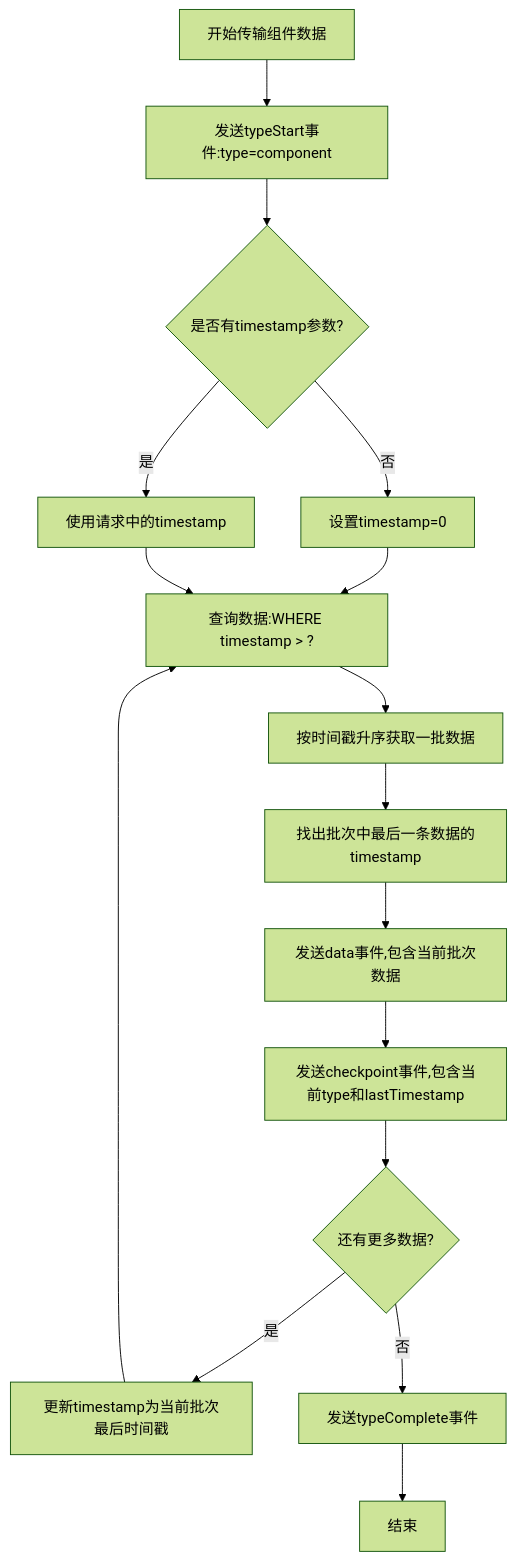
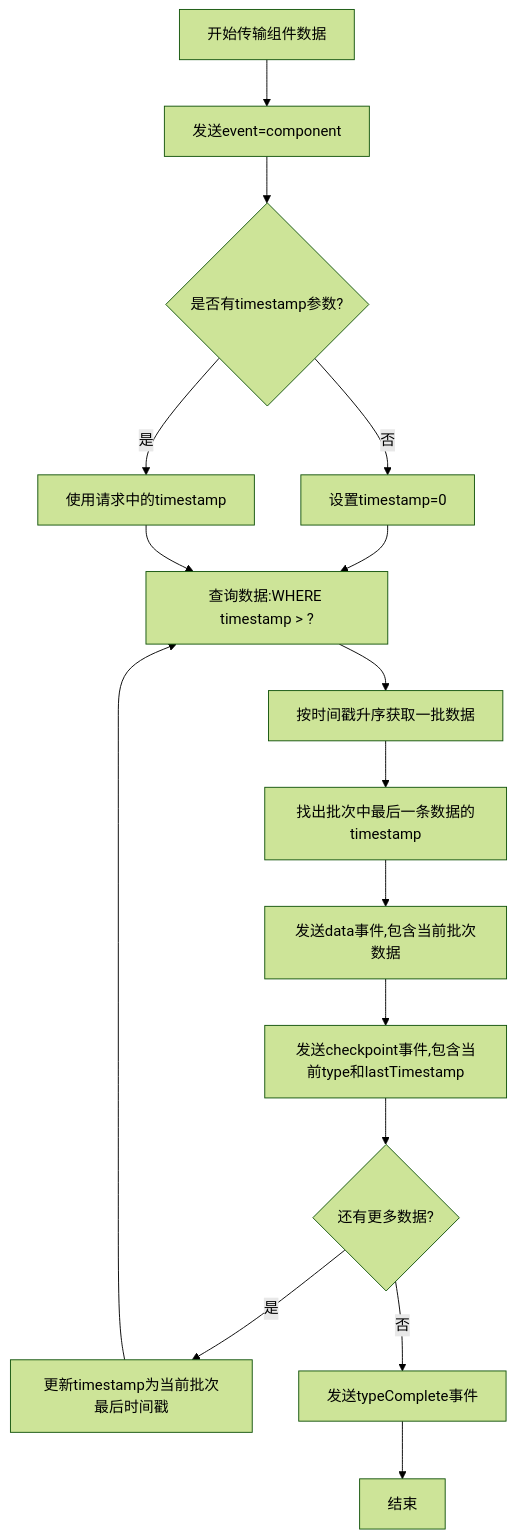
The diagram in all/未命名-59.md (yingjianzh/iodraw-files), drawn with Mermaid (forest theme) before and after one commit.

Commit message:
2025-05-14 15:20:53 update

````diff
--- a/all/未命名-59.md
+++ b/all/未命名-59.md
@@ -1,24 +1,24 @@
 ```mermaid
 flowchart TD
-    A[开始传输组件数据] --> B[发送typeStart事件:type=component]
+    A[开始传输组件数据] --> B[发送event=component]
     
     B --> C{是否有timestamp参数?}
     C -->|否| D[设置timestamp=0]
     C -->|是| E[使用请求中的timestamp]
     
     D --> F[查询数据:WHERE timestamp > ?]
     E --> F
     
     F --> G[按时间戳升序获取一批数据]
     G --> H[找出批次中最后一条数据的timestamp]
     
     H --> I[发送data事件,包含当前批次数据]
     I --> J[发送checkpoint事件,包含当前type和lastTimestamp]
     
     J --> K{还有更多数据?}
     K -->|是| L[更新timestamp为当前批次最后时间戳]
     L --> F
     
     K -->|否| M[发送typeComplete事件]
     M --> N[结束]
 ```
````
